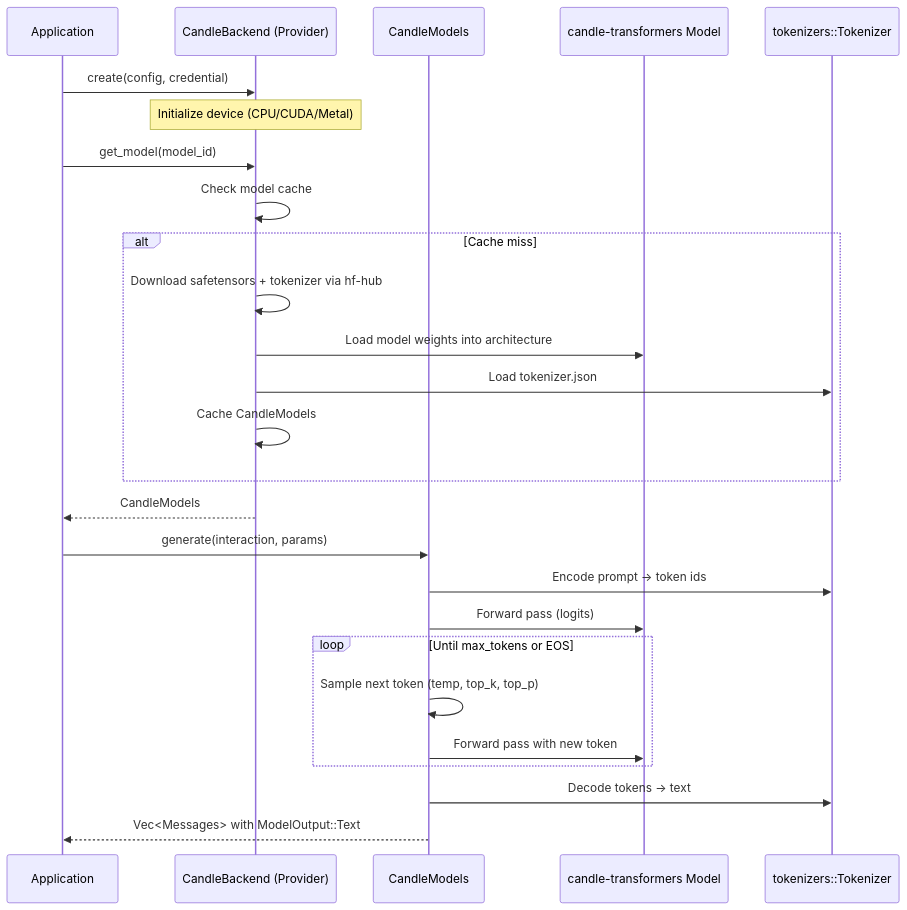
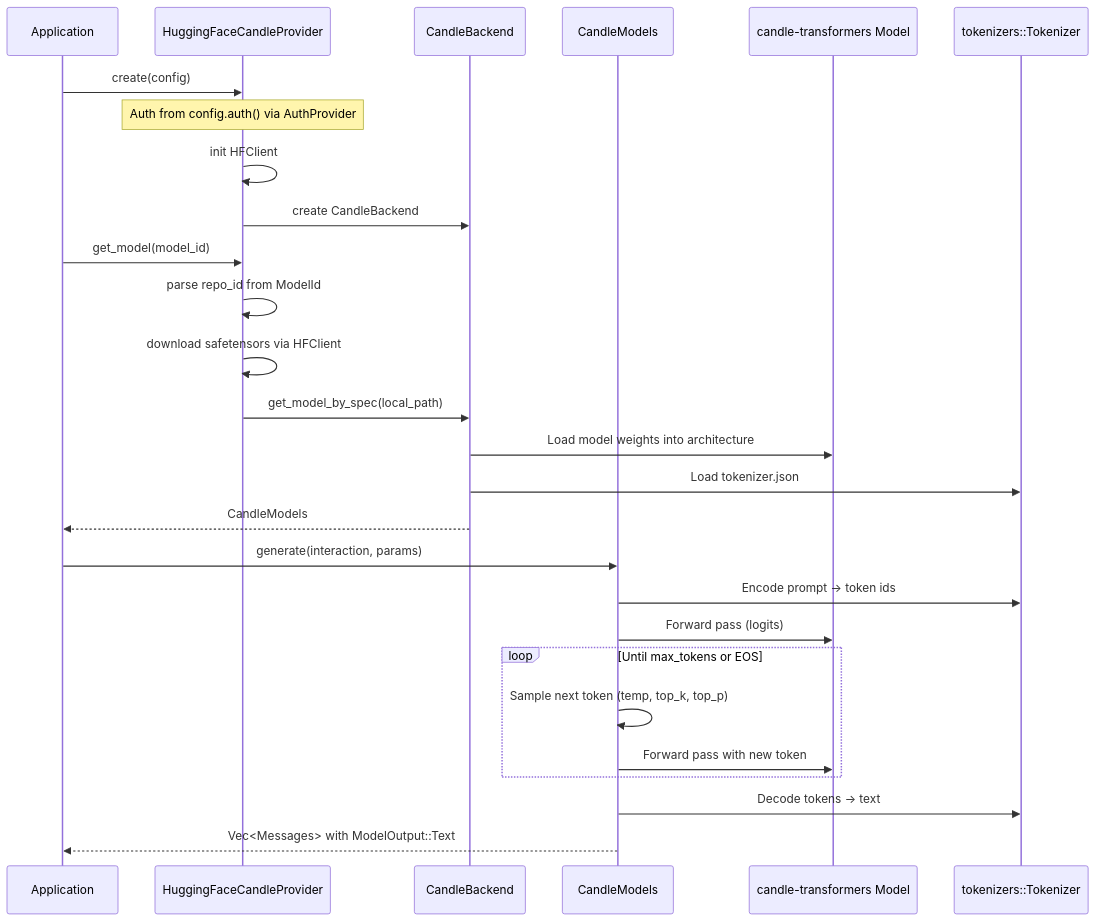
Before and after one commit to ewe-studios/ewe_platform: the second of 3 diagrams in specifications/07-foundation-ai/features/03-candle-integration/feature.md, drawn with Mermaid. The commit also changed other lines of this file and 50 other files, not shown here.

````diff
--- a/specifications/07-foundation-ai/features/03-candle-integration/feature.md
+++ b/specifications/07-foundation-ai/features/03-candle-integration/feature.md
@@ -172,31 +220,32 @@
 ```mermaid
 sequenceDiagram
     participant App as Application
-    participant CB as CandleBackend (Provider)
+    participant HF as HuggingFaceCandleProvider
+    participant CB as CandleBackend
     participant CM as CandleModels
     participant CT as candle-transformers Model
     participant TK as tokenizers::Tokenizer
 
-    App->>CB: create(config, credential)
-    Note over CB: Initialize device (CPU/CUDA/Metal)
+    App->>HF: create(config)
+    Note over HF: Auth from config.auth() via AuthProvider
+    HF->>HF: init HFClient
+    HF->>CB: create CandleBackend
 
-    App->>CB: get_model(model_id)
-    CB->>CB: Check model cache
-    alt Cache miss
-        CB->>CB: Download safetensors + tokenizer via hf-hub
-        CB->>CT: Load model weights into architecture
-        CB->>TK: Load tokenizer.json
-        CB->>CB: Cache CandleModels
-    end
+    App->>HF: get_model(model_id)
+    HF->>HF: parse repo_id from ModelId
+    HF->>HF: download safetensors via HFClient
+    HF->>CB: get_model_by_spec(local_path)
+    CB->>CT: Load model weights into architecture
+    CB->>TK: Load tokenizer.json
     CB-->>App: CandleModels
 
     App->>CM: generate(interaction, params)
     CM->>TK: Encode prompt -> token ids
     CM->>CT: Forward pass (logits)
     loop Until max_tokens or EOS
         CM->>CM: Sample next token (temp, top_k, top_p)
         CM->>CT: Forward pass with new token
     end
     CM->>TK: Decode tokens -> text
     CM-->>App: Vec<Messages> with ModelOutput::Text
 ```
````
